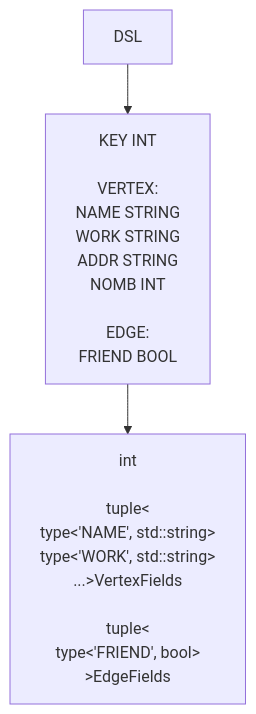
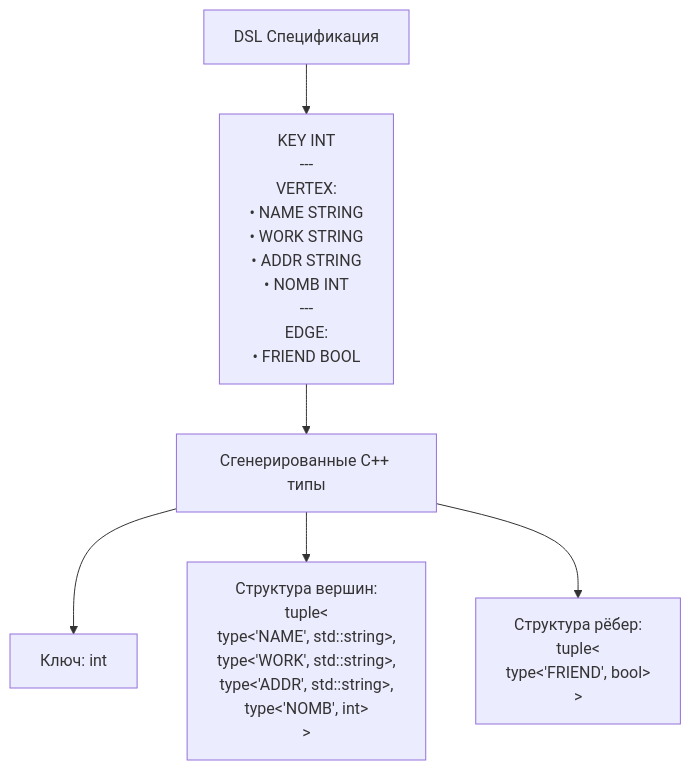
One commit to kxigor/GraphDB changed the fifth of 5 diagrams in docs/storage/struct.md. Above: the diagram before and after it, drawn with Mermaid. The commit also changed other lines of this file, not shown here.

````diff
--- a/docs/storage/struct.md
+++ b/docs/storage/struct.md
@@ -159,5 +215,10 @@
 ```mermaid
-flowchart TD
-    U[DSL] --> Пакет["KEY INT<br><br>VERTEX:<br>NAME STRING<br>WORK STRING<br>ADDR STRING<br>NOMB INT<br><br>EDGE:<br>FRIEND BOOL"]
-    Пакет --> ПреобразованныйПакет["int<br><br>tuple<<br> type<'NAME', std::string> <br> type<'WORK', std::string><br>...>VertexFields<br><br>tuple<<br>type<'FRIEND', bool><br>>EdgeFields"]
+graph TD
+    A["DSL Спецификация"] --> B["KEY INT<br/>---<br/>VERTEX:<br/>• NAME STRING<br/>• WORK STRING<br/>• ADDR STRING<br/>• NOMB INT<br/>---<br/>EDGE:<br/>• FRIEND BOOL"]
+    
+    B --> C["Сгенерированные C++ типы"]
+    
+    C --> D["Ключ: int"]
+    C --> E["Структура вершин:<br/>tuple<<br/>type<'NAME', std::string>,<br/>type<'WORK', std::string>,<br/>type<'ADDR', std::string>,<br/>type<'NOMB', int><br/>>"]
+    C --> F["Структура рёбер:<br/>tuple<<br/>type<'FRIEND', bool><br/>>"]
 ```
````
